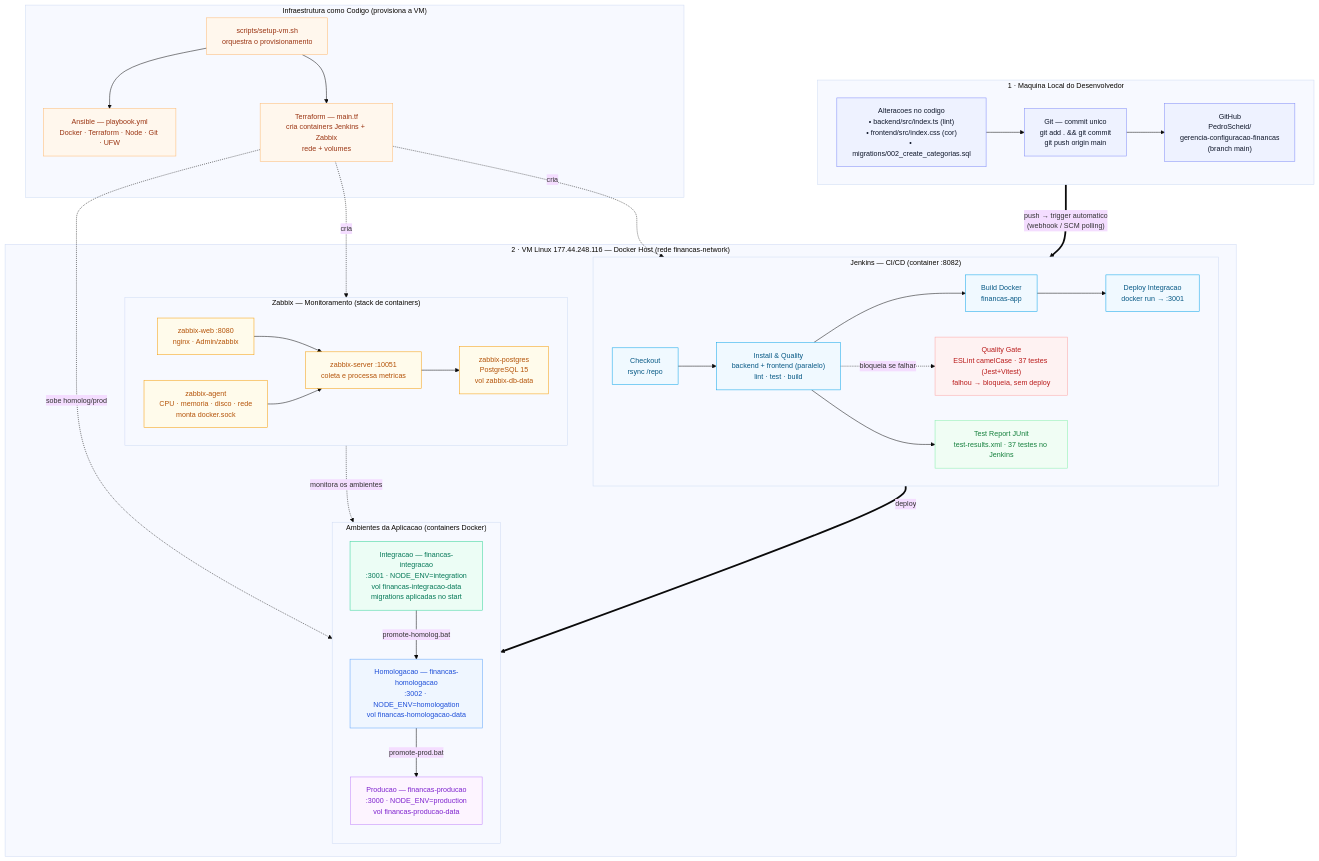
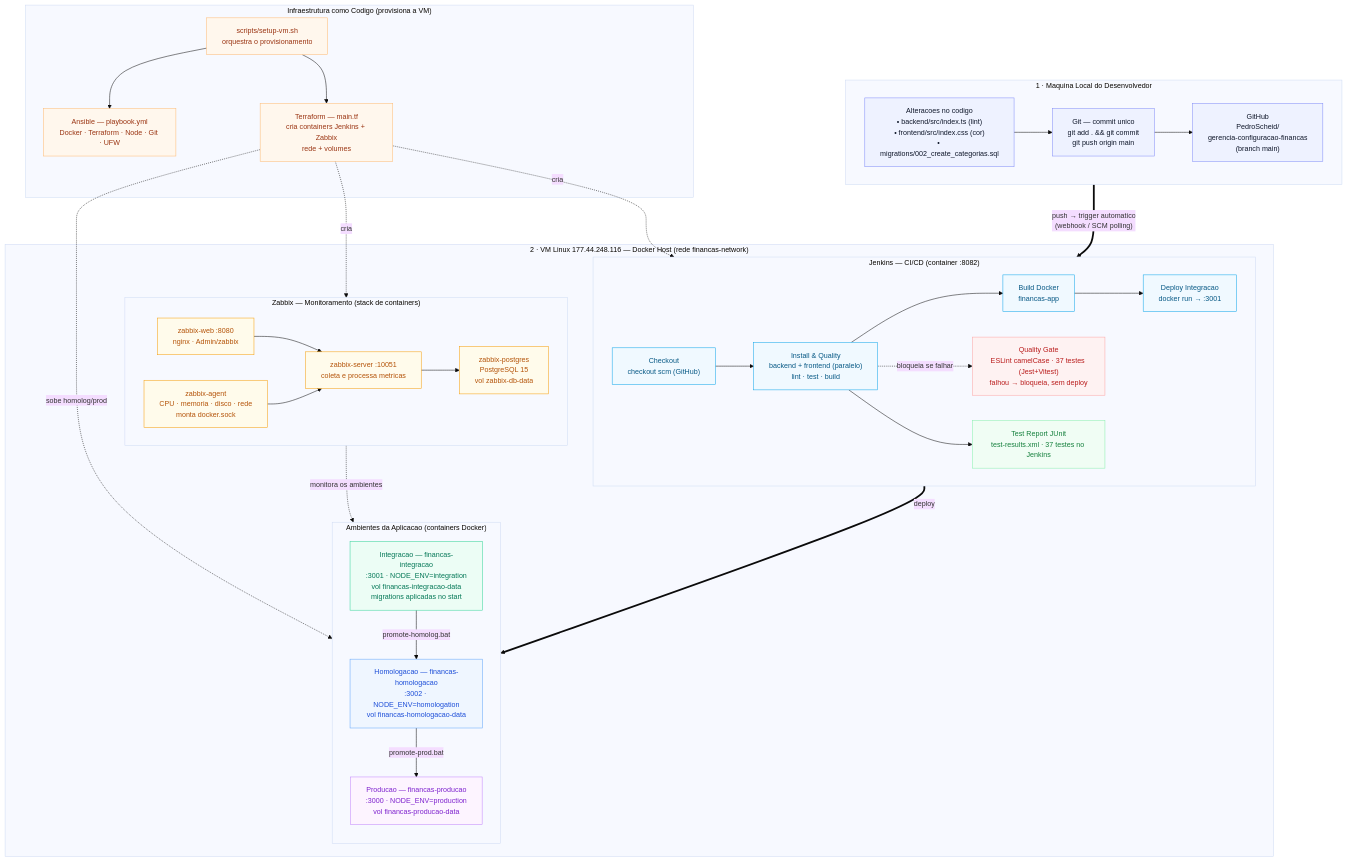
The diagram in arquitetura.mmd (PedroScheid/gerencia-configuracao-financas), drawn with Mermaid before and after one commit. The commit also changed 3 other files, not shown here.

Commit message:
Update architecture

```diff
--- a/arquitetura.mmd
+++ b/arquitetura.mmd
@@ -1,86 +1,86 @@
 %%{init: {'theme':'base', 'themeVariables': {'fontSize':'14px'}}}%%
 flowchart TB
 
     %% ============ 1. MAQUINA LOCAL ============
     subgraph LOCAL["1 · Maquina Local do Desenvolvedor"]
         direction LR
         CODE["Alteracoes no codigo<br/>• backend/src/index.ts (lint)<br/>• frontend/src/index.css (cor)<br/>• migrations/002_create_categorias.sql"]
         GIT["Git — commit unico<br/>git add . &amp;&amp; git commit<br/>git push origin main"]
         GH["GitHub<br/>PedroScheid/<br/>gerencia-configuracao-financas<br/>(branch main)"]
         CODE --> GIT --> GH
     end
 
     %% ============ IaC ============
     subgraph IAC["Infraestrutura como Codigo (provisiona a VM)"]
         ANSIBLE["Ansible — playbook.yml<br/>Docker · Terraform · Node · Git · UFW"]
         TERRAFORM["Terraform — main.tf<br/>cria containers Jenkins + Zabbix<br/>rede + volumes"]
         SETUP["scripts/setup-vm.sh<br/>orquestra o provisionamento"]
         SETUP --> ANSIBLE
         SETUP --> TERRAFORM
     end
 
     %% ============ 2. VM / DOCKER HOST ============
     subgraph VM["2 · VM Linux 177.44.248.116 — Docker Host (rede financas-network)"]
 
         subgraph JENKINS["Jenkins — CI/CD (container :8082)"]
             direction LR
-            S1["Checkout<br/>rsync /repo"]
+            S1["Checkout<br/>checkout scm (GitHub)"]
             S2["Install &amp; Quality<br/>backend + frontend (paralelo)<br/>lint · test · build"]
             S3["Build Docker<br/>financas-app"]
             S4["Deploy Integracao<br/>docker run → :3001"]
             S1 --> S2 --> S3 --> S4
             GATE["Quality Gate<br/>ESLint camelCase · 37 testes (Jest+Vitest)<br/>falhou → bloqueia, sem deploy"]
             REPORT["Test Report JUnit<br/>test-results.xml · 37 testes no Jenkins"]
             S2 -. bloqueia se falhar .-> GATE
             S2 --> REPORT
         end
 
         subgraph ENVS["Ambientes da Aplicacao (containers Docker)"]
             direction TB
             INT["Integracao — financas-integracao<br/>:3001 · NODE_ENV=integration<br/>vol financas-integracao-data<br/>migrations aplicadas no start"]
             HOM["Homologacao — financas-homologacao<br/>:3002 · NODE_ENV=homologation<br/>vol financas-homologacao-data"]
             PROD["Producao — financas-producao<br/>:3000 · NODE_ENV=production<br/>vol financas-producao-data"]
             INT -- "promote-homolog.bat" --> HOM
             HOM -- "promote-prod.bat" --> PROD
         end
 
         subgraph ZABBIX["Zabbix — Monitoramento (stack de containers)"]
             direction LR
             ZWEB["zabbix-web :8080<br/>nginx · Admin/zabbix"]
             ZSRV["zabbix-server :10051<br/>coleta e processa metricas"]
             ZAGENT["zabbix-agent<br/>CPU · memoria · disco · rede<br/>monta docker.sock"]
             ZDB["zabbix-postgres<br/>PostgreSQL 15<br/>vol zabbix-db-data"]
             ZWEB --> ZSRV
             ZAGENT --> ZSRV
             ZSRV --> ZDB
         end
     end
 
     %% ============ Conexoes entre camadas ============
     GH == "push → trigger automatico<br/>(webhook / SCM polling)" ==> S1
     S4 == "deploy" ==> INT
     ZAGENT -. "monitora os ambientes" .-> ENVS
     TERRAFORM -. "cria" .-> JENKINS
     TERRAFORM -. "cria" .-> ZABBIX
     TERRAFORM -. "sobe homolog/prod" .-> ENVS
 
     %% ============ Estilos ============
     classDef local fill:#eef2ff,stroke:#818cf8,color:#0f172a;
     classDef iac fill:#fff7ed,stroke:#fdba74,color:#9a3412;
     classDef ci fill:#f0f9ff,stroke:#0ea5e9,color:#075985;
     classDef gate fill:#fef2f2,stroke:#fca5a5,color:#b91c1c;
     classDef report fill:#f0fdf4,stroke:#86efac,color:#15803d;
     classDef integ fill:#ecfdf5,stroke:#34d399,color:#047857;
     classDef homol fill:#eff6ff,stroke:#60a5fa,color:#1d4ed8;
     classDef prod fill:#fdf4ff,stroke:#c084fc,color:#7e22ce;
     classDef zbx fill:#fffbeb,stroke:#f59e0b,color:#b45309;
 
     class CODE,GIT,GH local;
     class ANSIBLE,TERRAFORM,SETUP iac;
     class S1,S2,S3,S4 ci;
     class GATE gate;
     class REPORT report;
     class INT integ;
     class HOM homol;
     class PROD prod;
     class ZWEB,ZSRV,ZAGENT,ZDB zbx;
```
